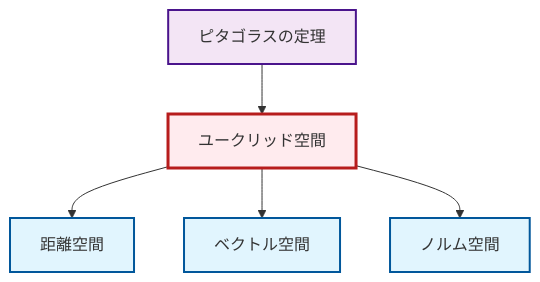
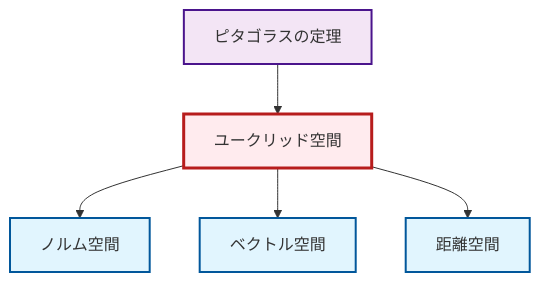
One commit to RK0429/ModernMath changed the diagram in output/mermaid/ja/def-euclidean-space.mermaid. Above: the diagram before and after it, drawn with Mermaid. The commit also changed other lines of this file and 1744 other files, not shown here.

```diff
--- a/output/mermaid/ja/def-euclidean-space.mermaid
+++ b/output/mermaid/ja/def-euclidean-space.mermaid
@@ -1,16 +1,16 @@
 graph TD
     classDef definition fill:#e1f5fe,stroke:#01579b,stroke-width:2px
     classDef theorem fill:#f3e5f5,stroke:#4a148c,stroke-width:2px
     classDef axiom fill:#fff3e0,stroke:#e65100,stroke-width:2px
     classDef example fill:#e8f5e9,stroke:#1b5e20,stroke-width:2px
     classDef current fill:#ffebee,stroke:#b71c1c,stroke-width:3px
+    def-euclidean-space["ユークリッド空間"]:::definition
+    def-metric-space["距離空間"]:::definition
+    def-normed-vector-space["ノルム空間"]:::definition
+    def-vector-space["ベクトル空間"]:::definition
     thm-pythagorean["ピタゴラスの定理"]:::theorem
-    def-normed-vector-space["ノルム空間"]:::definition
-    def-euclidean-space["ユークリッド空間"]:::definition
-    def-vector-space["ベクトル空間"]:::definition
-    def-metric-space["距離空間"]:::definition
+    thm-pythagorean --> def-euclidean-space
+    def-euclidean-space --> def-normed-vector-space
+    def-euclidean-space --> def-vector-space
     def-euclidean-space --> def-metric-space
-    def-euclidean-space --> def-vector-space
-    def-euclidean-space --> def-normed-vector-space
-    thm-pythagorean --> def-euclidean-space
     class def-euclidean-space current
```
